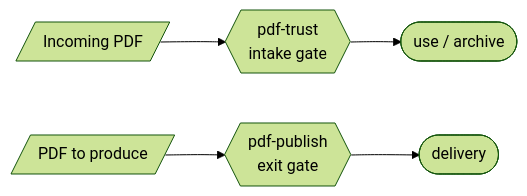
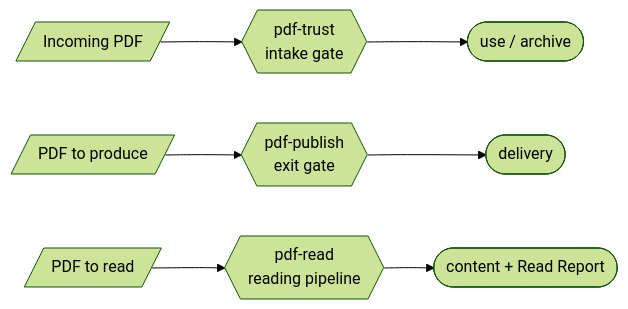
One commit to shuji-bonji/pdf-agent-stack changed the diagram in site/docs/skills/index.md. Above: the diagram before and after it, drawn with Mermaid (forest theme). The commit also changed other lines of this file and 9 other files, not shown here.

First line of the commit message:
feat: pdf-read Skill を stack と site に追加（Skill 2 → 3）

````diff
--- a/site/docs/skills/index.md
+++ b/site/docs/skills/index.md
@@ -9,5 +9,6 @@
 ```mermaid
 graph LR
   IN[/"Incoming PDF"/] --> TRUST{{"pdf-trust<br>intake gate"}} --> USE(["use / archive"])
   MAKE[/"PDF to produce"/] --> PUBLISH{{"pdf-publish<br>exit gate"}} --> OUT(["delivery"])
+  DOC[/"PDF to read"/] --> READ{{"pdf-read<br>reading pipeline"}} --> ANS(["content + Read Report"])
 ```
````
